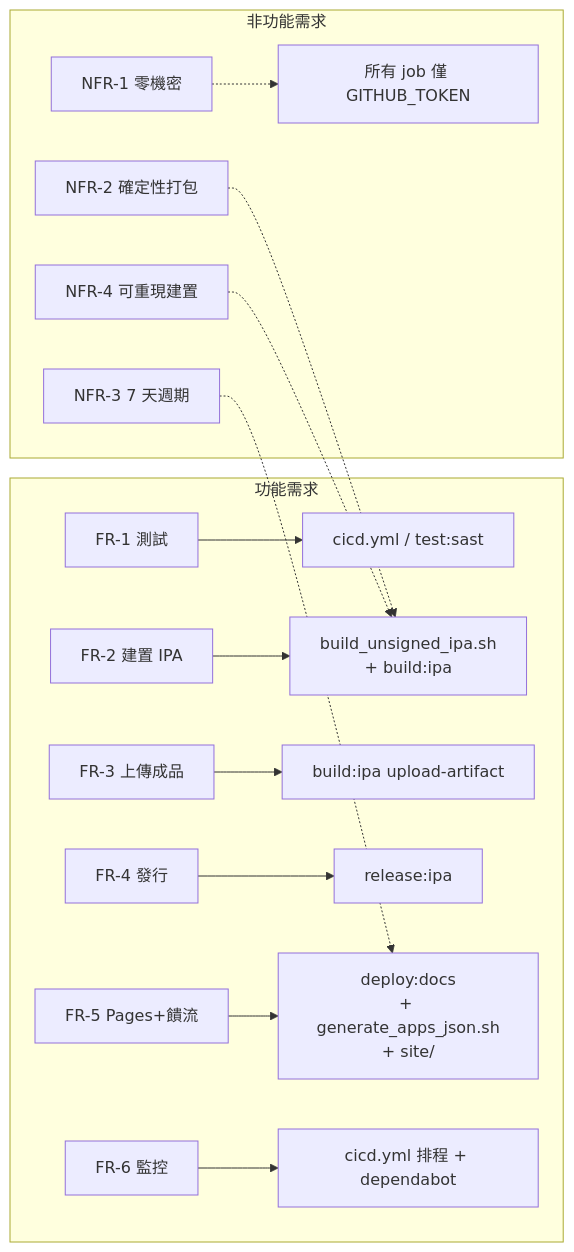
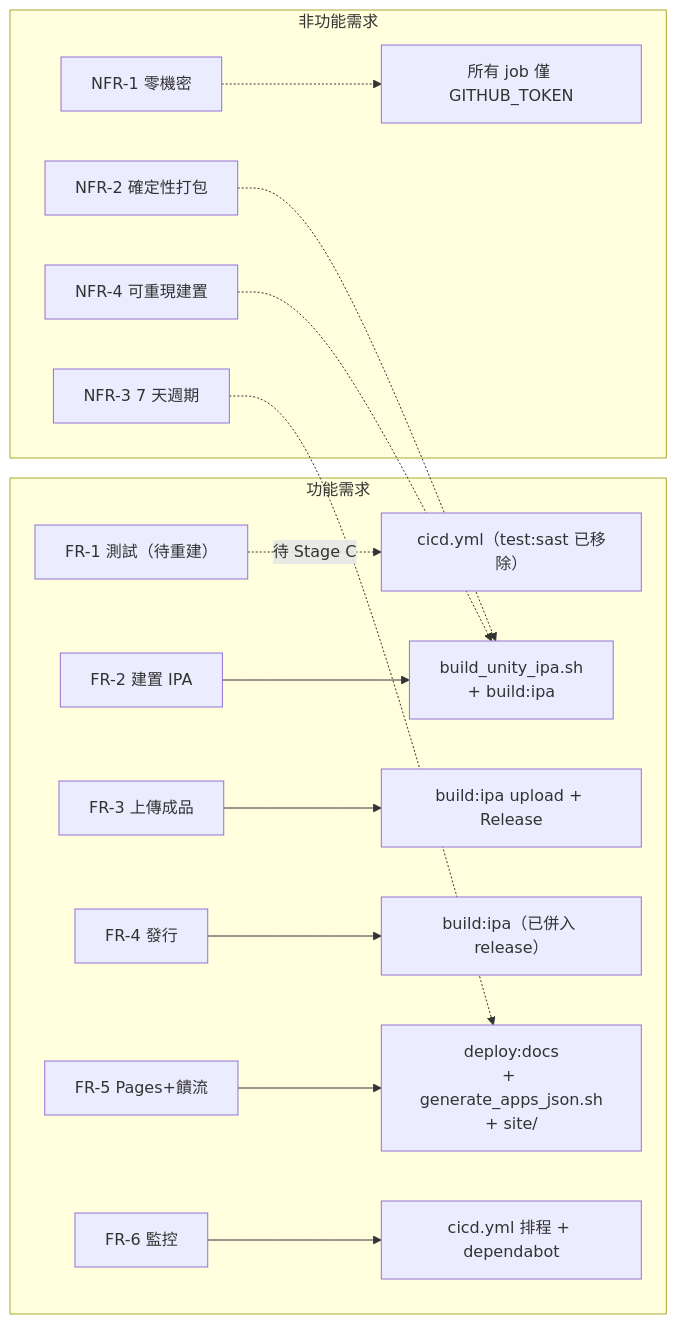
The diagram in docbase/rtm.md (Mcc-Mak/ios-app), drawn with Mermaid before and after one commit. The commit also changed other lines of this file and 37 other files, not shown here.

````diff
--- a/docbase/rtm.md
+++ b/docbase/rtm.md
@@ -5,17 +5,17 @@
 ```mermaid
 flowchart LR
   subgraph FR["功能需求"]
-    FR1["FR-1 測試"] --> CI["cicd.yml / test:sast"]
-    FR2["FR-2 建置 IPA"] --> BUILD["build_unsigned_ipa.sh<br/>+ build:ipa"]
-    FR3["FR-3 上傳成品"] --> UP["build:ipa upload-artifact"]
-    FR4["FR-4 發行"] --> REL["release:ipa"]
+    FR1["FR-1 測試（待重建）"] -.待 Stage C.-> CI["cicd.yml（test:sast 已移除）"]
+    FR2["FR-2 建置 IPA"] --> BUILD["build_unity_ipa.sh<br/>+ build:ipa"]
+    FR3["FR-3 上傳成品"] --> UP["build:ipa upload + Release"]
+    FR4["FR-4 發行"] --> REL["build:ipa（已併入 release）"]
     FR5["FR-5 Pages+饋流"] --> PAGES["deploy:docs<br/>+ generate_apps_json.sh<br/>+ site/"]
     FR6["FR-6 監控"] --> MON["cicd.yml 排程 + dependabot"]
   end
   subgraph NFR["非功能需求"]
     NFR1["NFR-1 零機密"] -.-> ALL["所有 job 僅 GITHUB_TOKEN"]
     NFR2["NFR-2 確定性打包"] -.-> BUILD
     NFR3["NFR-3 7 天週期"] -.-> PAGES
     NFR4["NFR-4 可重現建置"] -.-> BUILD
   end
 ```
````
